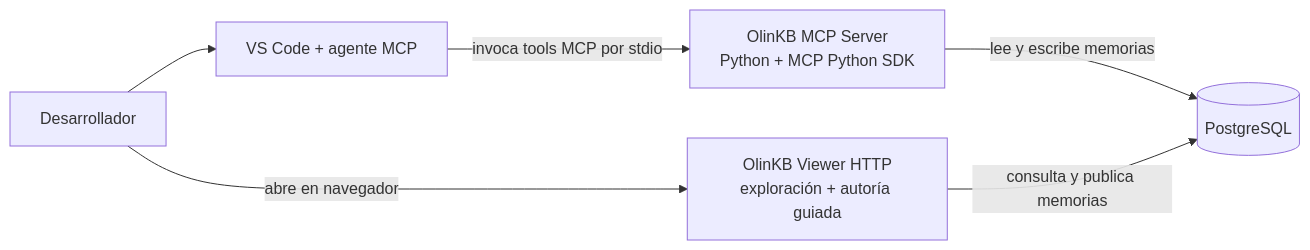
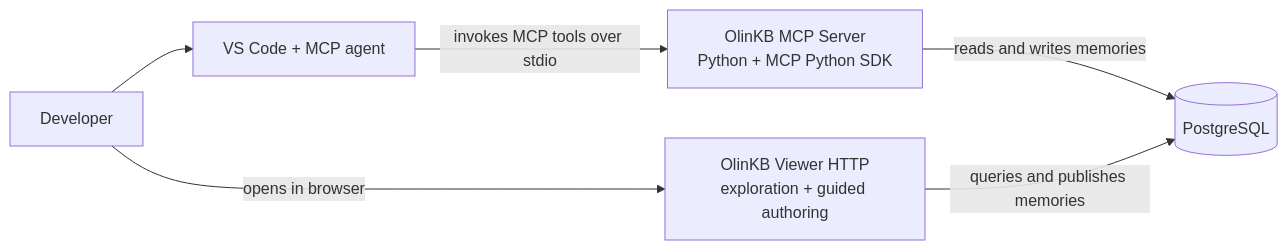
One commit to rzjulio/olinkb changed the first of 11 diagrams in docs/olinkb-funcionamiento-end-to-end.md. Above: the diagram before and after it, drawn with Mermaid. The commit also changed other lines of this file and 22 other files, not shown here.

````diff
--- a/docs/olinkb-funcionamiento-end-to-end.md
+++ b/docs/olinkb-funcionamiento-end-to-end.md
@@ -37,14 +37,14 @@
 ```mermaid
 flowchart LR
-    dev[Desarrollador]
-    ide[VS Code + agente MCP]
+    dev[Developer]
+    ide[VS Code + MCP agent]
     mcp[OlinKB MCP Server\nPython + MCP Python SDK]
-    viewer[OlinKB Viewer HTTP\nexploración + autoría guiada]
+    viewer[OlinKB Viewer HTTP\nexploration + guided authoring]
     pg[(PostgreSQL)]
 
     dev --> ide
-    ide -->|invoca tools MCP por stdio| mcp
-    dev -->|abre en navegador| viewer
-    mcp -->|lee y escribe memorias| pg
-    viewer -->|consulta y publica memorias| pg
+    ide -->|invokes MCP tools over stdio| mcp
+    dev -->|opens in browser| viewer
+    mcp -->|reads and writes memories| pg
+    viewer -->|queries and publishes memories| pg
 ```
````
